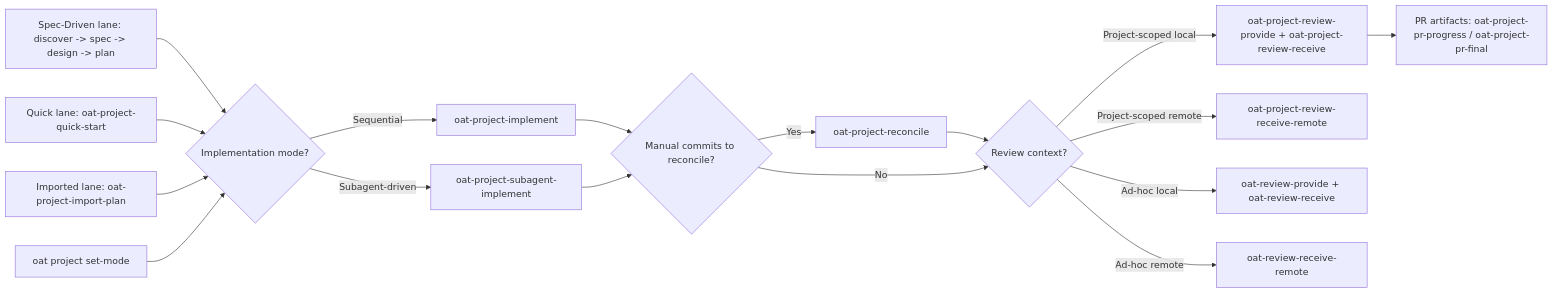
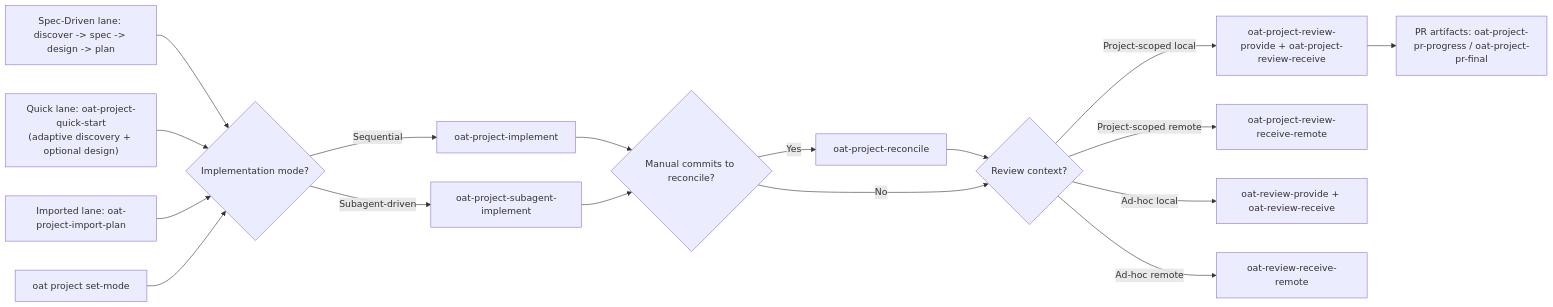
Before and after one commit to voxmedia/open-agent-toolkit: the second of 2 diagrams in README.md, drawn with Mermaid. The commit also changed other lines of this file and 8 other files, not shown here.

````diff
--- a/README.md
+++ b/README.md
@@ -275,19 +275,19 @@
 ```mermaid
 flowchart LR
   SpecDriven["Spec-Driven lane: discover -> spec -> design -> plan"] --> Mode{"Implementation mode?"}
-  Quick["Quick lane: oat-project-quick-start"] --> Mode
+  Quick["Quick lane: oat-project-quick-start\n(adaptive discovery + optional design)"] --> Mode
   Import["Imported lane: oat-project-import-plan"] --> Mode
   Mode -->|Sequential| ImplementSeq["oat-project-implement"]
   Mode -->|Subagent-driven| ImplementSub["oat-project-subagent-implement"]
   SetMode["oat project set-mode <mode>"] --> Mode
   ImplementSeq --> Reconcile{"Manual commits to reconcile?"}
   ImplementSub --> Reconcile
   Reconcile -->|Yes| ReconcileSkill["oat-project-reconcile"]
   ReconcileSkill --> Review{"Review context?"}
   Reconcile -->|No| Review
   Review -->|Project-scoped local| ProjectReview["oat-project-review-provide + oat-project-review-receive"]
   Review -->|Project-scoped remote| ProjectReviewRemote["oat-project-review-receive-remote"]
   Review -->|Ad-hoc local| AdHocReview["oat-review-provide + oat-review-receive"]
   Review -->|Ad-hoc remote| AdHocReviewRemote["oat-review-receive-remote"]
   ProjectReview --> PR["PR artifacts: oat-project-pr-progress / oat-project-pr-final"]
 ```
````
